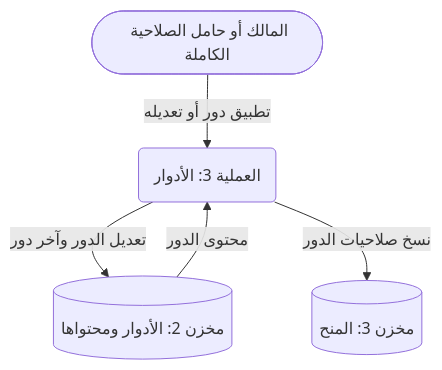
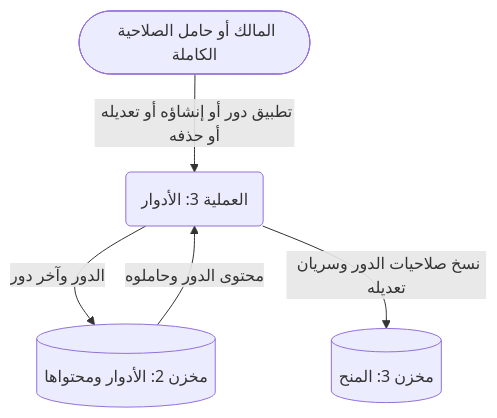
Diagram 29 of 41 in docs/family-os/governance/phases/phase-1/S1-03-family-roles-and-permissions/DIAGRAMS.md (Bassam-mohammed-alqaeadi/family-os-v2), drawn with Mermaid before and after one commit. The commit also changed other lines of this file and 31 other files, not shown here.

````diff
--- a/docs/family-os/governance/phases/phase-1/S1-03-family-roles-and-permissions/DIAGRAMS.md
+++ b/docs/family-os/governance/phases/phase-1/S1-03-family-roles-and-permissions/DIAGRAMS.md
@@ -1075,12 +1138,12 @@
 ```mermaid
 flowchart TD
     Owner([المالك أو حامل الصلاحية الكاملة])
     D2[(مخزن 2: الأدوار ومحتواها)]
     P3(العملية 3: الأدوار)
     D3[(مخزن 3: المنح)]
 
-    Owner -->|تطبيق دور أو تعديله| P3
-    D2 -->|محتوى الدور| P3
-    P3 -->|تعديل الدور وآخر دور| D2
-    P3 -->|نسخ صلاحيات الدور| D3
+    Owner -->|تطبيق دور أو إنشاؤه أو تعديله أو حذفه| P3
+    D2 -->|محتوى الدور وحاملوه| P3
+    P3 -->|الدور وآخر دور| D2
+    P3 -->|نسخ صلاحيات الدور وسريان تعديله| D3
 ```
````
